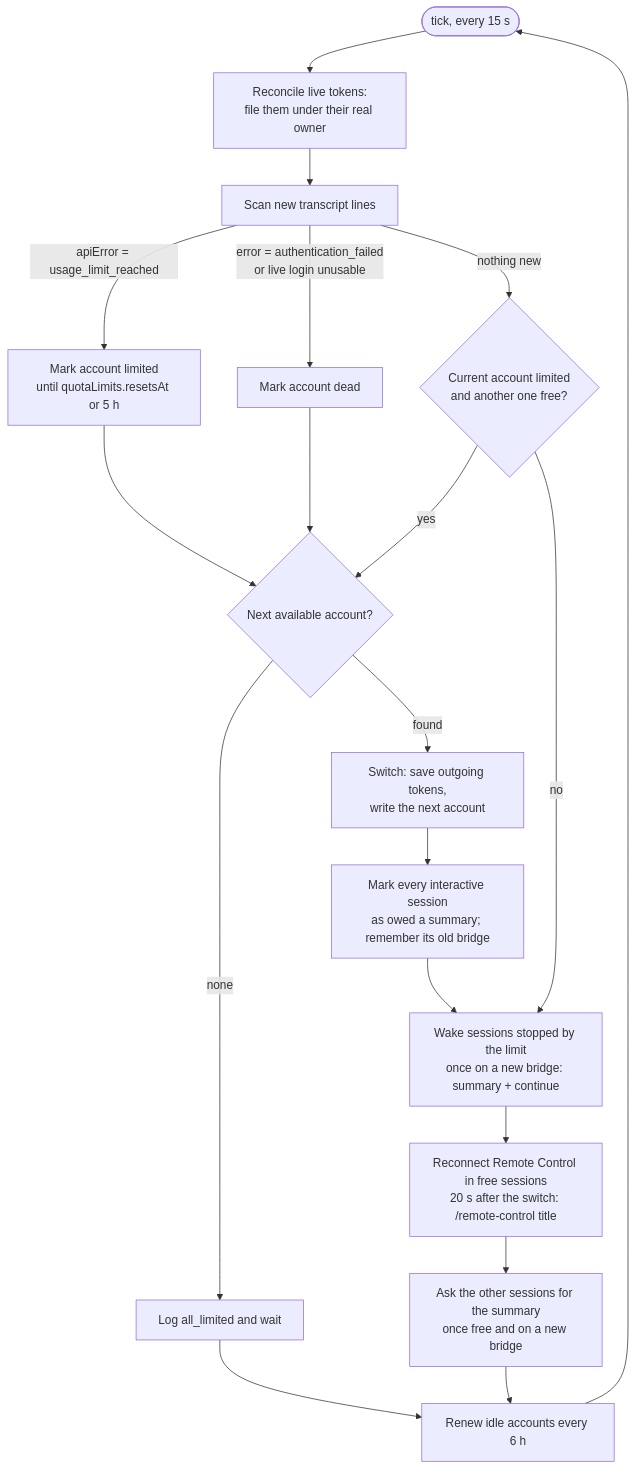
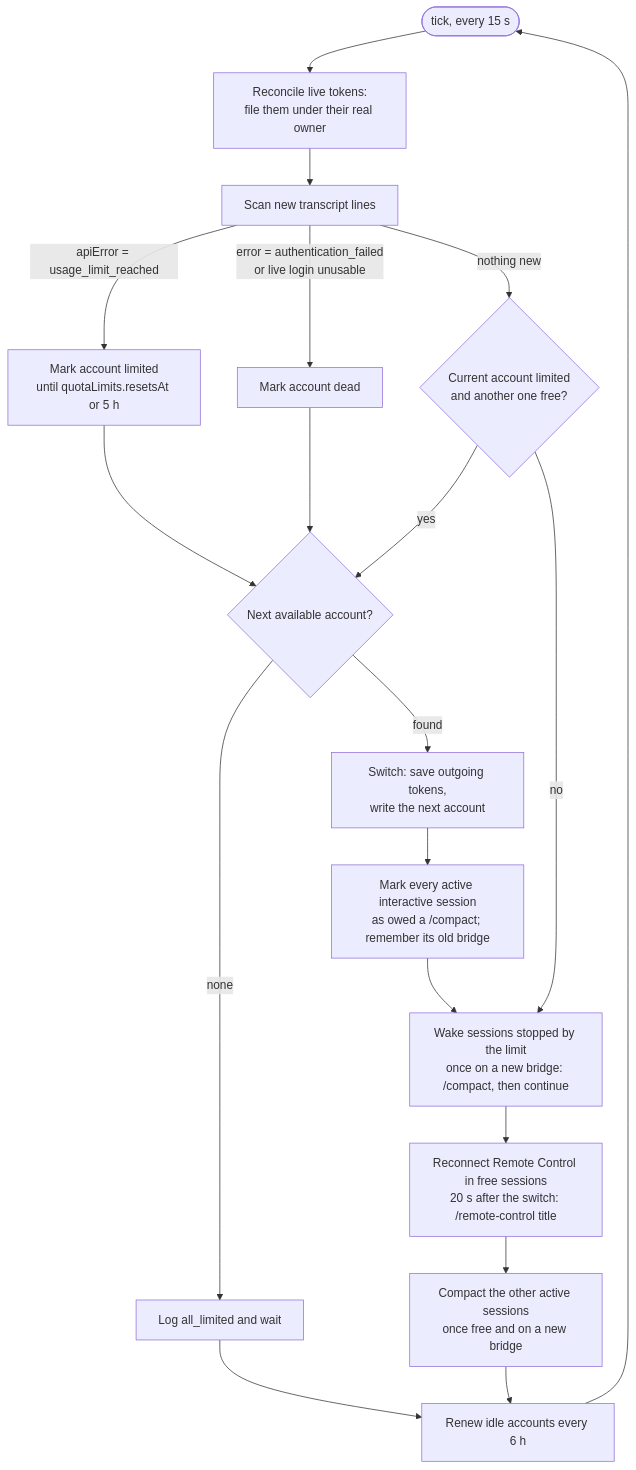
The first of 2 diagrams in README.md (DBC-Juanma/claude-rotate), drawn with Mermaid before and after one commit. The commit also changed other lines of this file and 2 other files, not shown here.

First line of the commit message:
Compact active sessions after a rotation instead of asking for a summary

````diff
--- a/README.md
+++ b/README.md
@@ -32,21 +32,21 @@
 ```mermaid
 flowchart TD
     T([tick, every 15 s]) --> R[Reconcile live tokens:<br/>file them under their real owner]
     R --> S[Scan new transcript lines]
     S -->|apiError = usage_limit_reached| L[Mark account limited<br/>until quotaLimits.resetsAt or 5 h]
     S -->|error = authentication_failed<br/>or live login unusable| D[Mark account dead]
     S -->|nothing new| V{Current account limited<br/>and another one free?}
     L --> N{Next available account?}
     D --> N
     V -->|yes| N
     V -->|no| W
     N -->|none| A[Log all_limited and wait]
     N -->|found| SW[Switch: save outgoing tokens,<br/>write the next account]
-    SW --> M[Mark every interactive session<br/>as owed a summary; remember its old bridge]
-    M --> W[Wake sessions stopped by the limit<br/>once on a new bridge: summary + continue]
+    SW --> M[Mark every active interactive session<br/>as owed a /compact; remember its old bridge]
+    M --> W[Wake sessions stopped by the limit<br/>once on a new bridge: /compact, then continue]
     W --> RC[Reconnect Remote Control in free sessions<br/>20 s after the switch: /remote-control title]
-    RC --> SU[Ask the other sessions for the summary<br/>once free and on a new bridge]
+    RC --> SU[Compact the other active sessions<br/>once free and on a new bridge]
     SU --> RN[Renew idle accounts every 6 h]
     A --> RN
     RN --> T
 ```
````
